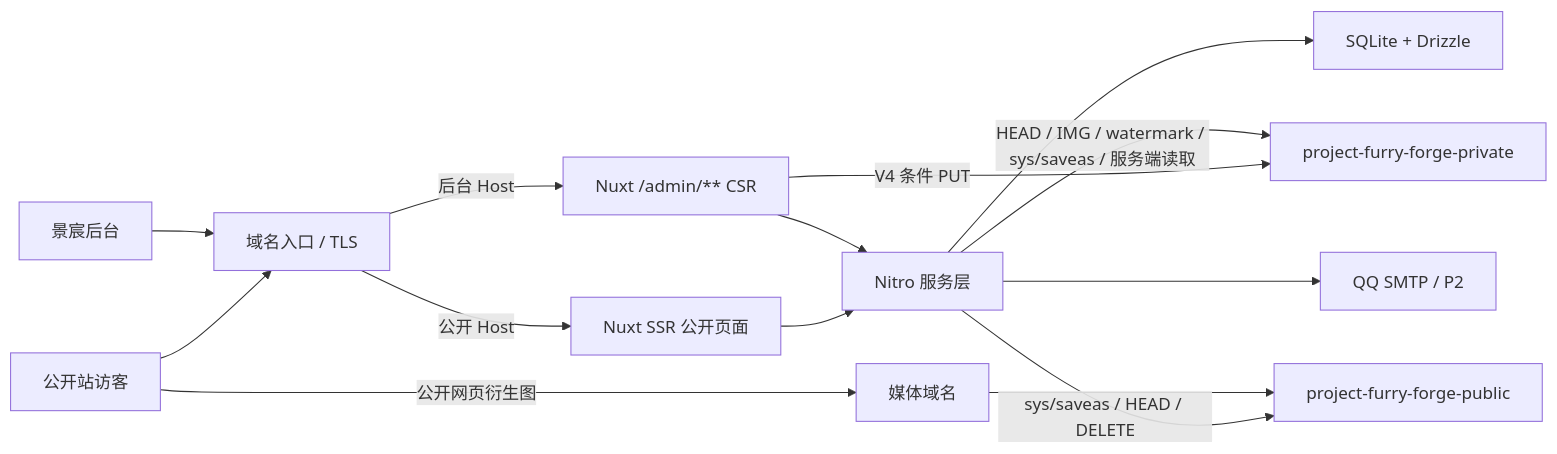
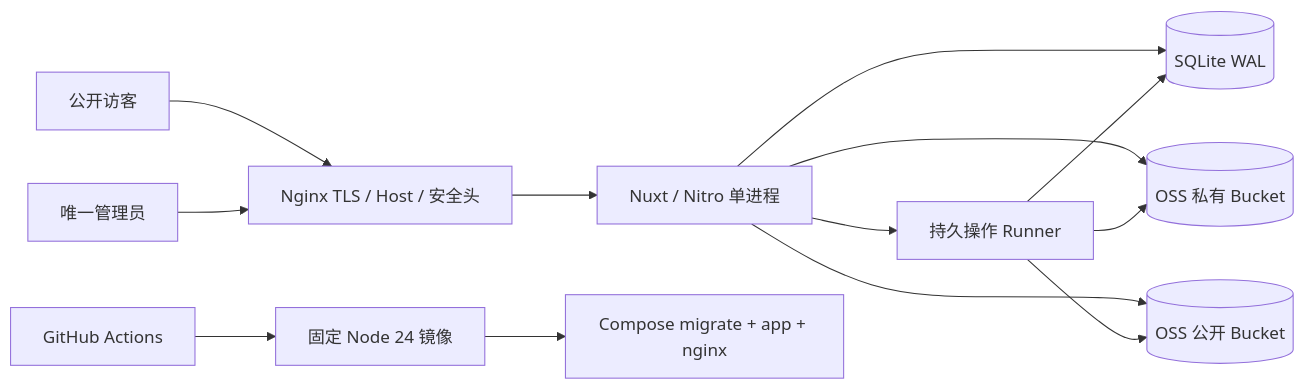
Before and after one commit to WangMinan/project-fur-forge: the diagram in agent_docs/需求1-兽装工作室主页/planning/PLAN.md, drawn with Mermaid. The commit also changed other lines of this file and 18 other files, not shown here.

````diff
--- a/agent_docs/需求1-兽装工作室主页/planning/PLAN.md
+++ b/agent_docs/需求1-兽装工作室主页/planning/PLAN.md
@@ -50,16 +37,15 @@
 ```mermaid
 flowchart LR
-    visitor[公开站访客] --> proxy[域名入口 / TLS]
-    admin[景宸后台] --> proxy
-    proxy -->|公开 Host| public[Nuxt SSR 公开页面]
-    proxy -->|后台 Host| adminui[Nuxt /admin/** CSR]
-    public --> api[Nitro 服务层]
-    adminui --> api
-    api --> db[SQLite + Drizzle]
-    adminui -->|V4 条件 PUT| private[project-furry-forge-private]
-    api -->|HEAD / IMG / watermark / sys/saveas / 服务端读取| private
-    api -->|sys/saveas / HEAD / DELETE| publicbucket[project-furry-forge-public]
-    visitor -->|公开网页衍生图| media[媒体域名]
-    media --> publicbucket
-    api --> smtp[QQ SMTP / P2]
+    Visitor[公开访客] --> Nginx[Nginx TLS / Host / 安全头]
+    Admin[唯一管理员] --> Nginx
+    Nginx --> App[Nuxt / Nitro 单进程]
+    App --> DB[(SQLite WAL)]
+    App --> Private[(OSS 私有 Bucket)]
+    App --> Public[(OSS 公开 Bucket)]
+    App --> Runner[持久操作 Runner]
+    Runner --> DB
+    Runner --> Private
+    Runner --> Public
+    CI[GitHub Actions] --> Image[固定 Node 24 镜像]
+    Image --> Compose[Compose migrate + app + nginx]
 ```
````
